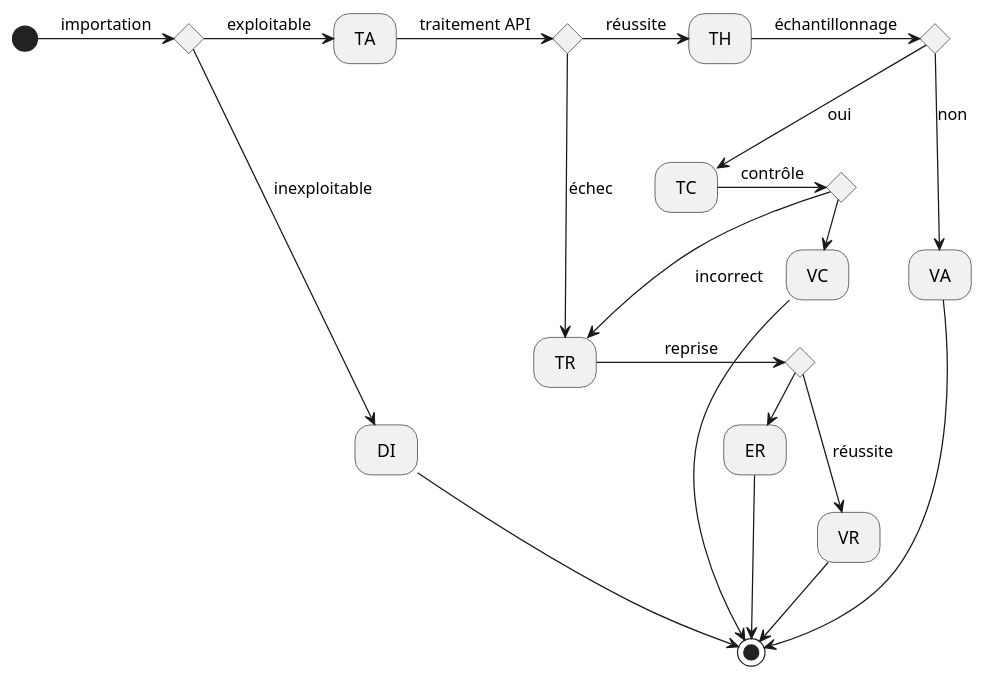
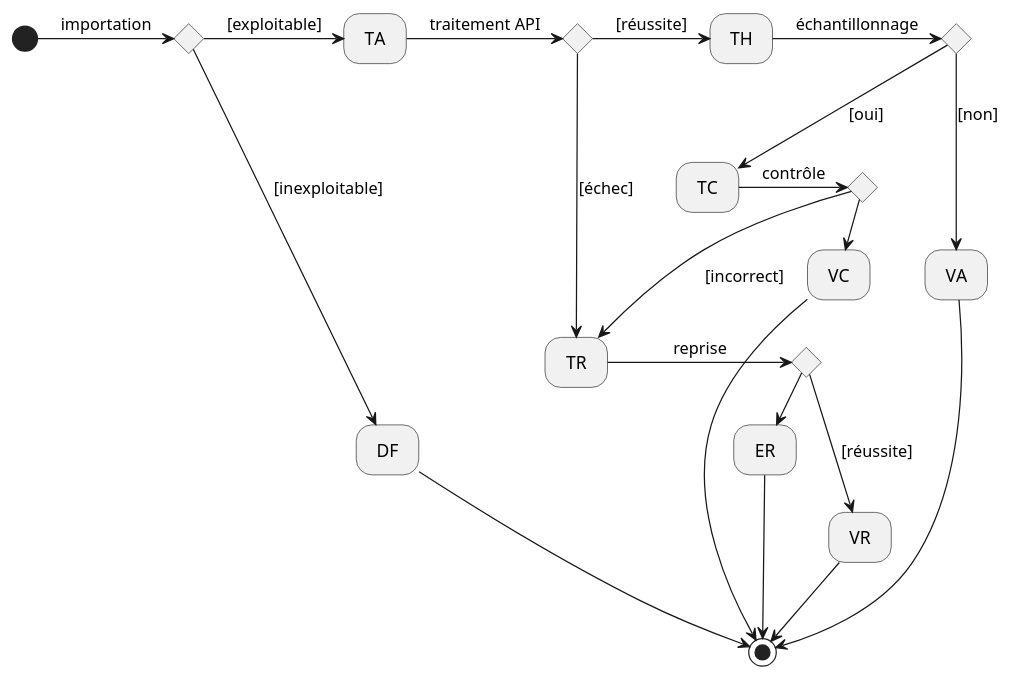
The diagram in uml/diag_etat_FA.puml (itsame-mcl/PSyCoQuAC), drawn with PlantUML before and after one commit.

Commit message:
Modification diagramme cas utilisation

```diff
--- a/uml/diag_etat_FA.puml
+++ b/uml/diag_etat_FA.puml
@@ -1,29 +1,29 @@
 @startuml "uml_etat"
 hide empty description
 state imp <<choice>>
 state api <<choice>>
 state ech <<choice>>
 state ctr <<choice>>
 state rep <<choice>>
 
 [*] -> imp : importation
-imp -> TA : exploitable
-imp --> DI : inexploitable
+imp -> TA : [exploitable]
+imp --> DF : [inexploitable]
 TA -> api : traitement API
-api -> TH : réussite
+api -> TH : [réussite]
 TH -> ech : échantillonnage
-api --> TR : échec
-ech --> VA : non
-ech --> TC : oui
+api --> TR : [échec]
+ech --> VA : [non]
+ech --> TC : [oui]
 TC -> ctr : contrôle
-ctr -> VC : correct
-ctr --> TR : incorrect
+ctr -> VC : [correct]
+ctr --> TR : [incorrect]
 TR -> rep : reprise
-rep --> VR : réussite
-rep -> ER : échec
+rep --> VR : [réussite]
+rep -> ER : [échec]
 VA --> [*]
-VC --> [*]
 VR --> [*]
 ER --> [*]
-DI --> [*]
+VC --> [*]
+DF --> [*]
 @enduml
```
